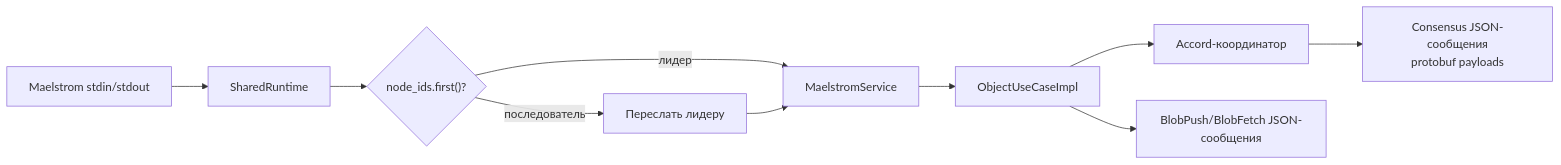
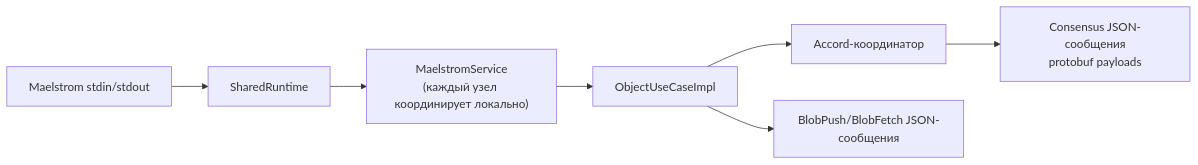
One commit to Bromles/so3 changed the sixth of 6 diagrams in docs/architecture.md. Above: the diagram before and after it, drawn with Mermaid. The commit also changed other lines of this file and 10 other files, not shown here.

````diff
--- a/docs/architecture.md
+++ b/docs/architecture.md
@@ -163,12 +200,9 @@
 ```mermaid
 flowchart LR
     maelstrom["Maelstrom stdin/stdout"] --> runtime["SharedRuntime"]
-    runtime --> leader{"node_ids.first()?"}
-    leader -->|лидер| service["MaelstromService"]
-    leader -->|последователь| forward["Переслать лидеру"]
-    forward --> service
+    runtime --> service["MaelstromService\n(каждый узел координирует локально)"]
     service --> core_uc["ObjectUseCaseImpl"]
     core_uc --> coord["Accord-координатор"]
     coord --> consensus_json["Consensus JSON-сообщения\nprotobuf payloads"]
     core_uc --> blob_json["BlobPush/BlobFetch JSON-сообщения"]
 ```
````
